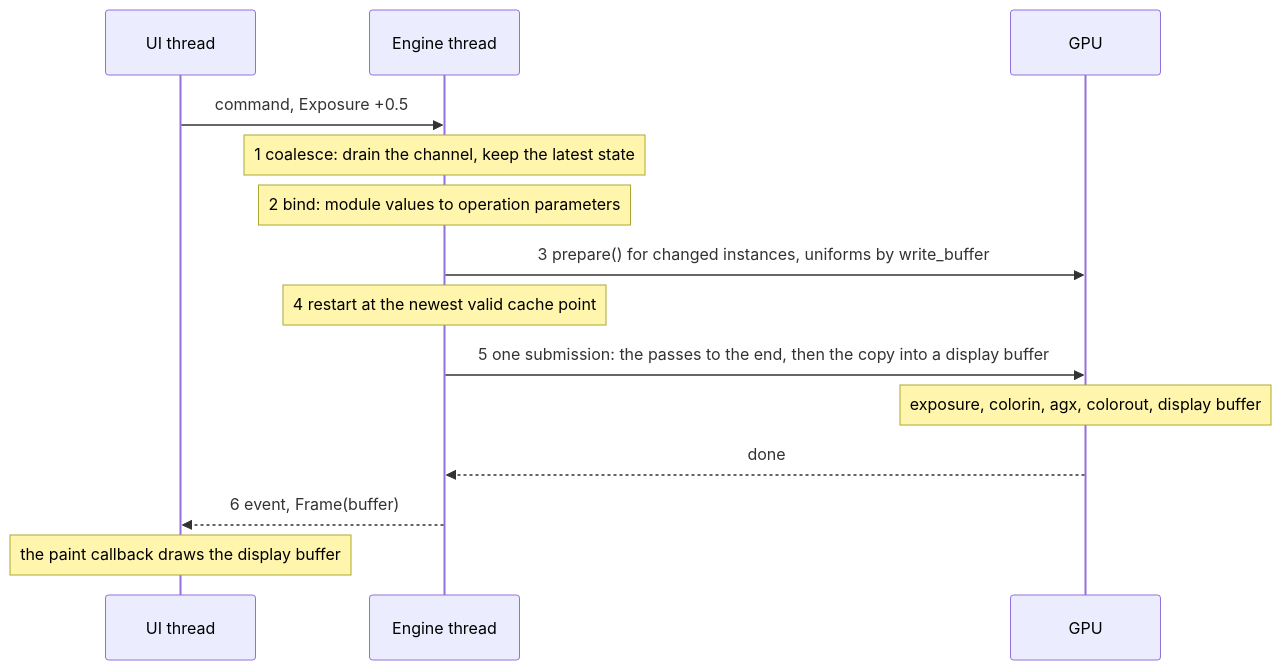
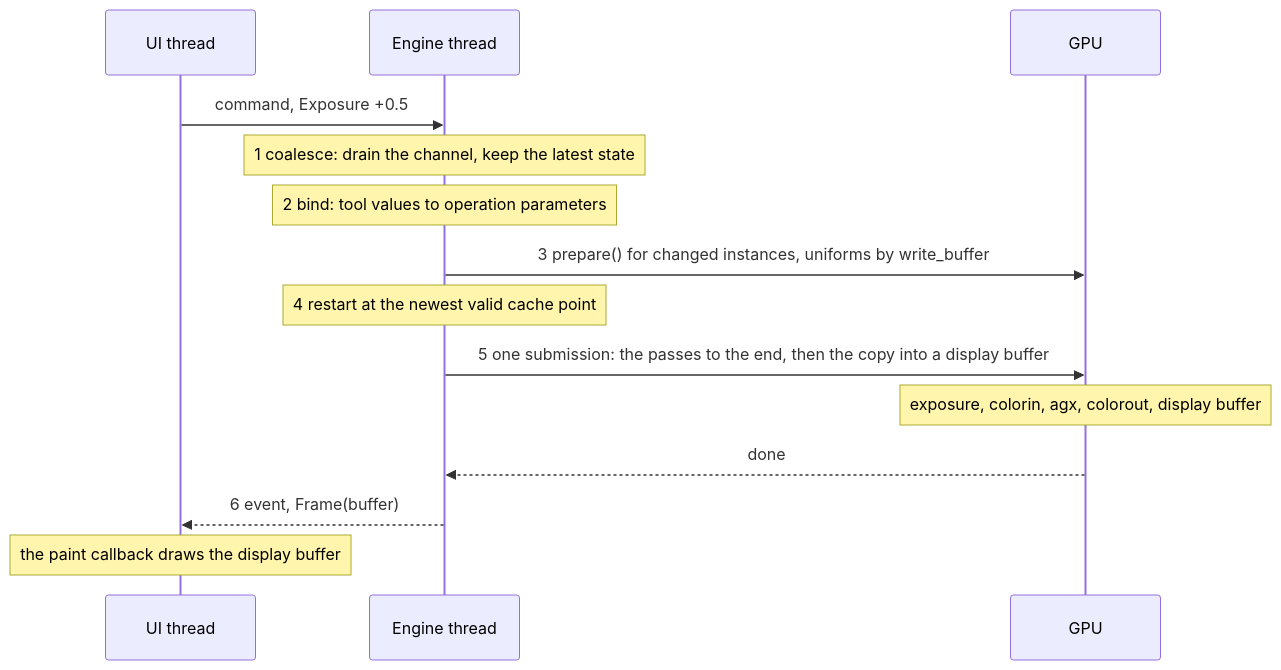
Before and after one commit to apertrust/apertrust: the second of 9 diagrams in docs/engine.md, drawn with Mermaid. The commit also changed other lines of this file and 177 other files, not shown here.

````diff
--- a/docs/engine.md
+++ b/docs/engine.md
@@ -125,16 +125,16 @@
 ```mermaid
 sequenceDiagram
     participant UI as UI thread
     participant E as Engine thread
     participant G as GPU
     UI->>E: command, Exposure +0.5
     Note over E: 1 coalesce: drain the channel, keep the latest state
-    Note over E: 2 bind: module values to operation parameters
+    Note over E: 2 bind: tool values to operation parameters
     E->>G: 3 prepare() for changed instances, uniforms by write_buffer
     Note over E: 4 restart at the newest valid cache point
     E->>G: 5 one submission: the passes to the end, then the copy into a display buffer
     Note over G: exposure, colorin, agx, colorout, display buffer
     G-->>E: done
     E-->>UI: 6 event, Frame(buffer)
     Note over UI: the paint callback draws the display buffer
 ```
````
